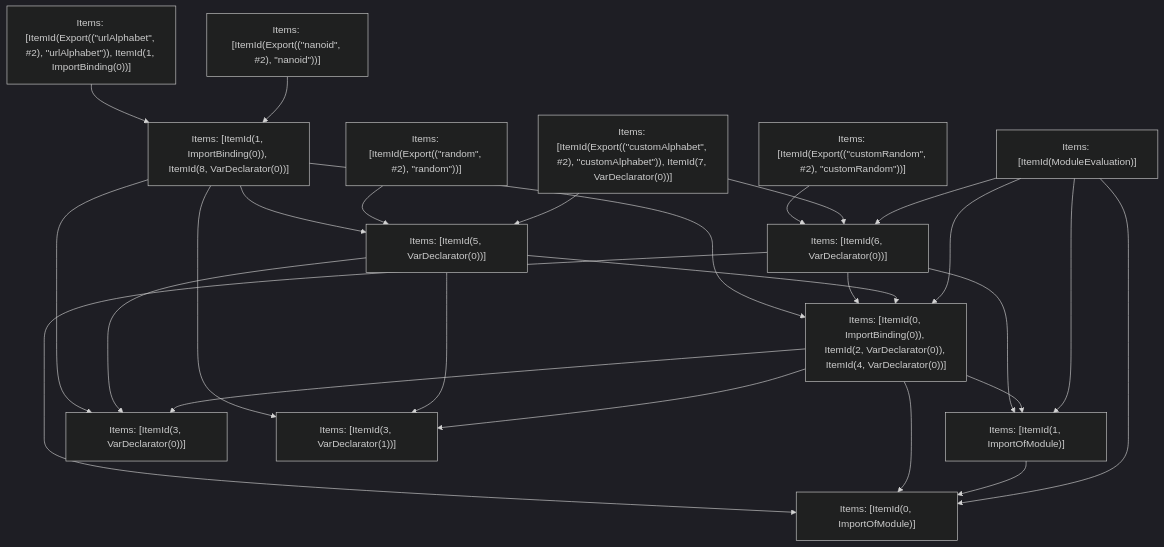
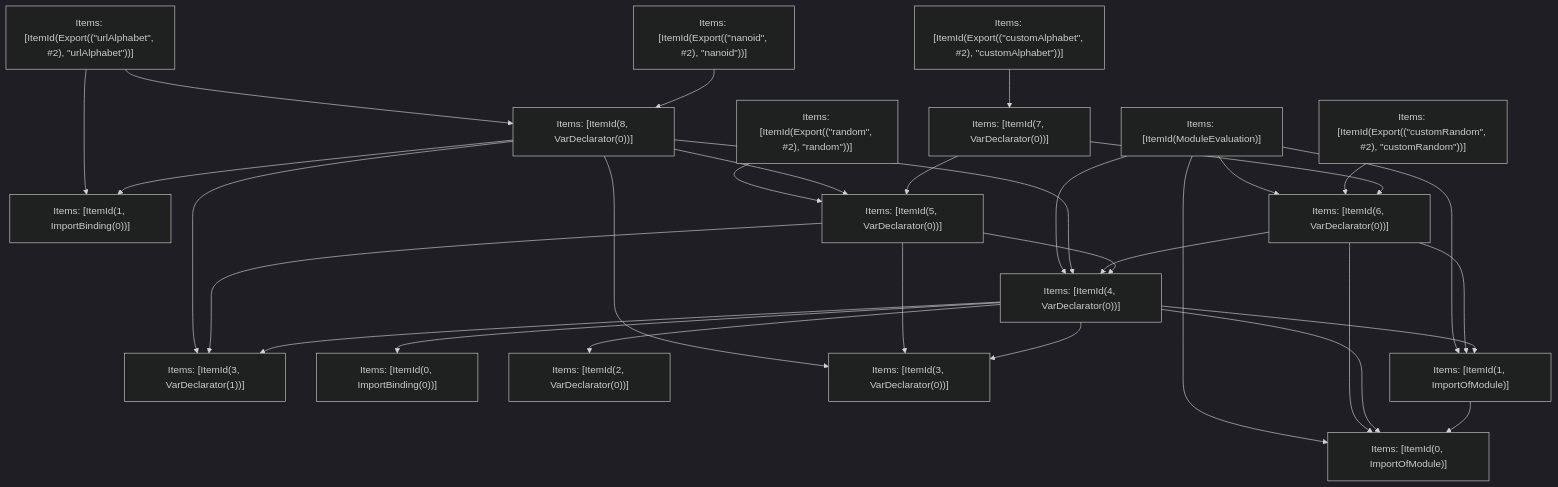
Before and after one commit to vercel/turborepo: the fifth of 5 diagrams in crates/turbopack-ecmascript/tests/tree-shaker/analyzer/nanoid/output.md, drawn with Mermaid (dark theme). The commit also changed other lines of this file and 72 other files, not shown here.

````diff
--- a/crates/turbopack-ecmascript/tests/tree-shaker/analyzer/nanoid/output.md
+++ b/crates/turbopack-ecmascript/tests/tree-shaker/analyzer/nanoid/output.md
@@ -361,42 +361,51 @@
 ```mermaid
 graph TD
-    N0["Items: [ItemId(ModuleEvaluation)]"];
-    N1["Items: [ItemId(Export((&quot;nanoid&quot;, #2), &quot;nanoid&quot;))]"];
-    N2["Items: [ItemId(Export((&quot;customAlphabet&quot;, #2), &quot;customAlphabet&quot;)), ItemId(7, VarDeclarator(0))]"];
-    N3["Items: [ItemId(Export((&quot;customRandom&quot;, #2), &quot;customRandom&quot;))]"];
-    N4["Items: [ItemId(Export((&quot;urlAlphabet&quot;, #2), &quot;urlAlphabet&quot;)), ItemId(1, ImportBinding(0))]"];
-    N5["Items: [ItemId(Export((&quot;random&quot;, #2), &quot;random&quot;))]"];
-    N6["Items: [ItemId(0, ImportOfModule)]"];
-    N7["Items: [ItemId(1, ImportOfModule)]"];
-    N8["Items: [ItemId(3, VarDeclarator(0))]"];
-    N9["Items: [ItemId(3, VarDeclarator(1))]"];
-    N10["Items: [ItemId(0, ImportBinding(0)), ItemId(2, VarDeclarator(0)), ItemId(4, VarDeclarator(0))]"];
+    N0["Items: [ItemId(1, ImportBinding(0))]"];
+    N1["Items: [ItemId(3, VarDeclarator(1))]"];
+    N2["Items: [ItemId(0, ImportBinding(0))]"];
+    N3["Items: [ItemId(2, VarDeclarator(0))]"];
+    N4["Items: [ItemId(3, VarDeclarator(0))]"];
+    N5["Items: [ItemId(0, ImportOfModule)]"];
+    N6["Items: [ItemId(1, ImportOfModule)]"];
+    N7["Items: [ItemId(4, VarDeclarator(0))]"];
+    N8["Items: [ItemId(6, VarDeclarator(0))]"];
+    N9["Items: [ItemId(ModuleEvaluation)]"];
+    N10["Items: [ItemId(Export((&quot;customRandom&quot;, #2), &quot;customRandom&quot;))]"];
     N11["Items: [ItemId(5, VarDeclarator(0))]"];
-    N12["Items: [ItemId(6, VarDeclarator(0))]"];
-    N13["Items: [ItemId(1, ImportBinding(0)), ItemId(8, VarDeclarator(0))]"];
-    N0 --> N6;
-    N0 --> N7;
-    N0 --> N10;
-    N0 --> N12;
-    N1 --> N13;
-    N2 --> N12;
-    N2 --> N11;
-    N3 --> N12;
-    N4 --> N13;
-    N5 --> N11;
+    N12["Items: [ItemId(Export((&quot;random&quot;, #2), &quot;random&quot;))]"];
+    N13["Items: [ItemId(8, VarDeclarator(0))]"];
+    N14["Items: [ItemId(Export((&quot;urlAlphabet&quot;, #2), &quot;urlAlphabet&quot;))]"];
+    N15["Items: [ItemId(Export((&quot;nanoid&quot;, #2), &quot;nanoid&quot;))]"];
+    N16["Items: [ItemId(7, VarDeclarator(0))]"];
+    N17["Items: [ItemId(Export((&quot;customAlphabet&quot;, #2), &quot;customAlphabet&quot;))]"];
+    N6 --> N5;
+    N7 --> N4;
+    N7 --> N3;
+    N7 --> N2;
+    N7 --> N1;
+    N7 --> N5;
     N7 --> N6;
+    N11 --> N7;
+    N11 --> N4;
+    N11 --> N1;
+    N8 --> N5;
+    N8 --> N6;
+    N8 --> N7;
+    N16 --> N8;
+    N16 --> N11;
+    N13 --> N7;
+    N13 --> N1;
+    N13 --> N0;
+    N13 --> N11;
+    N13 --> N4;
+    N15 --> N13;
+    N17 --> N16;
     N10 --> N8;
-    N10 --> N9;
-    N10 --> N6;
-    N10 --> N7;
-    N11 --> N10;
-    N11 --> N8;
-    N11 --> N9;
-    N12 --> N6;
-    N12 --> N7;
-    N12 --> N10;
-    N13 --> N10;
-    N13 --> N9;
-    N13 --> N11;
-    N13 --> N8;
+    N14 --> N13;
+    N14 --> N0;
+    N12 --> N11;
+    N9 --> N5;
+    N9 --> N6;
+    N9 --> N7;
+    N9 --> N8;
 ```
````
